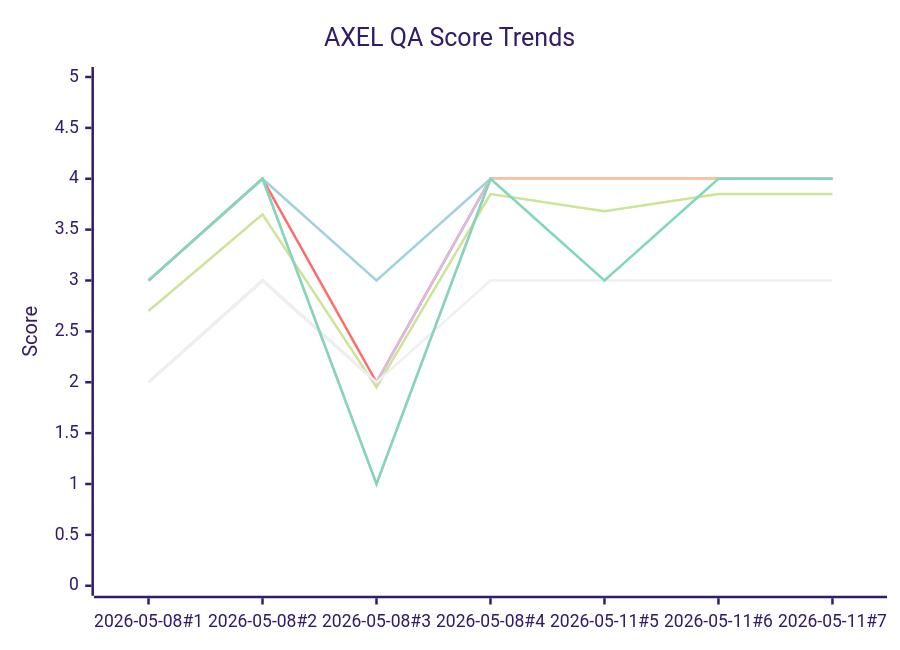
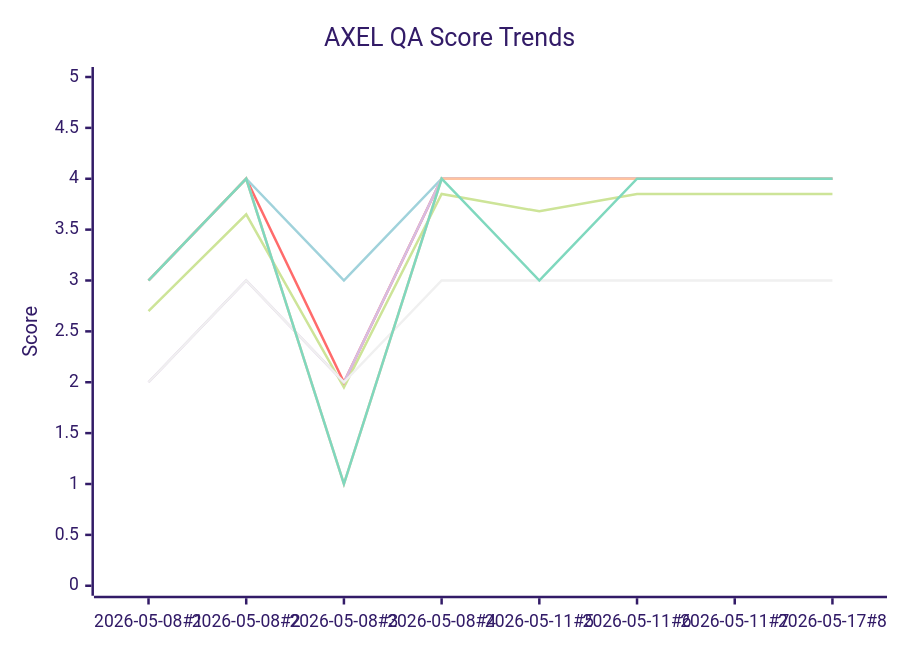
One commit to Wabbl0/AXEL changed the diagram in AXEL/axel_project/plans/qa/AXEL_QA_ANALYTICS.md. Above: the diagram before and after it, drawn with Mermaid (forest theme). The commit also changed other lines of this file and 26 other files, not shown here.

````diff
--- a/AXEL/axel_project/plans/qa/AXEL_QA_ANALYTICS.md
+++ b/AXEL/axel_project/plans/qa/AXEL_QA_ANALYTICS.md
@@ -36,13 +36,13 @@
 ```mermaid
 xychart-beta
   title "AXEL QA Score Trends"
-  x-axis ["2026-05-08#1", "2026-05-08#2", "2026-05-08#3", "2026-05-08#4", "2026-05-11#5", "2026-05-11#6", "2026-05-11#7"]
+  x-axis ["2026-05-08#1", "2026-05-08#2", "2026-05-08#3", "2026-05-08#4", "2026-05-11#5", "2026-05-11#6", "2026-05-11#7", "2026-05-17#8"]
   y-axis "Score" 0 --> 5
-  line [2.7, 3.65, 1.95, 3.85, 3.68, 3.85, 3.85]
-  line [3, 4, 2, 4, 4, 4, 4]
-  line [3, 4, 3, 4, 4, 4, 4]
-  line [2, 3, 2, 4, 4, 4, 4]
-  line [2, 3, 2, 3, 3, 3, 3]
-  line [3, 4, 1, 4, 4, 4, 4]
-  line [3, 4, 1, 4, 3, 4, 4]
+  line [2.7, 3.65, 1.95, 3.85, 3.68, 3.85, 3.85, 3.85]
+  line [3, 4, 2, 4, 4, 4, 4, 4]
+  line [3, 4, 3, 4, 4, 4, 4, 4]
+  line [2, 3, 2, 4, 4, 4, 4, 4]
+  line [2, 3, 2, 3, 3, 3, 3, 3]
+  line [3, 4, 1, 4, 4, 4, 4, 4]
+  line [3, 4, 1, 4, 3, 4, 4, 4]
 ```
````
